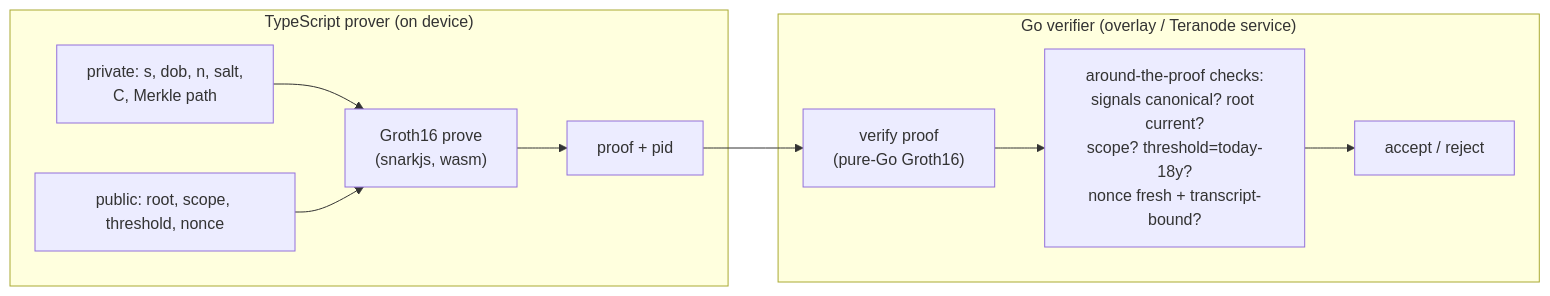
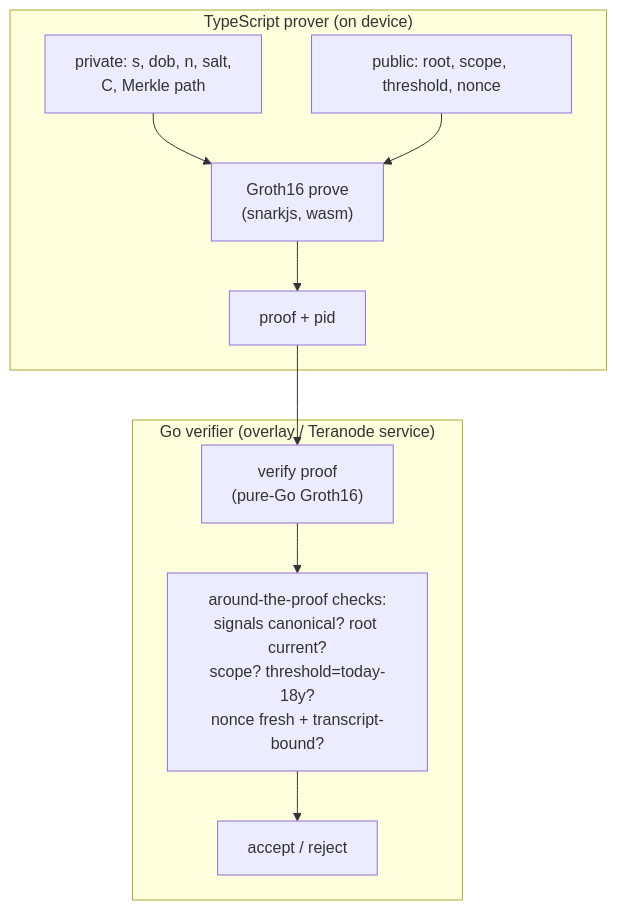
One commit to bsv-blockchain/identity changed the diagram in zk-proofs-and-poc.md. Above: the diagram before and after it, drawn with Mermaid. The commit also changed 9 other files, not shown here.

First line of the commit message:
Lay the PoC flowchart out top-down and size mermaid renders by shape

````diff
--- a/zk-proofs-and-poc.md
+++ b/zk-proofs-and-poc.md
@@ -45,13 +45,13 @@
 ```mermaid
-flowchart LR
+flowchart TB
   subgraph Wallet["TypeScript prover (on device)"]
     W["private: s, dob, n, salt,<br/>C, Merkle path"] --> P["Groth16 prove<br/>(snarkjs, wasm)"]
     PUB["public: root, scope, threshold, nonce"] --> P
     P --> PR["proof + pid"]
   end
   subgraph Server["Go verifier (overlay / Teranode service)"]
     PR --> V["verify proof<br/>(pure-Go Groth16)"]
     V --> CK["around-the-proof checks:<br/>signals canonical? root current?<br/>scope? threshold=today-18y?<br/>nonce fresh + transcript-bound?"]
     CK --> OK["accept / reject"]
   end
 ```
````
